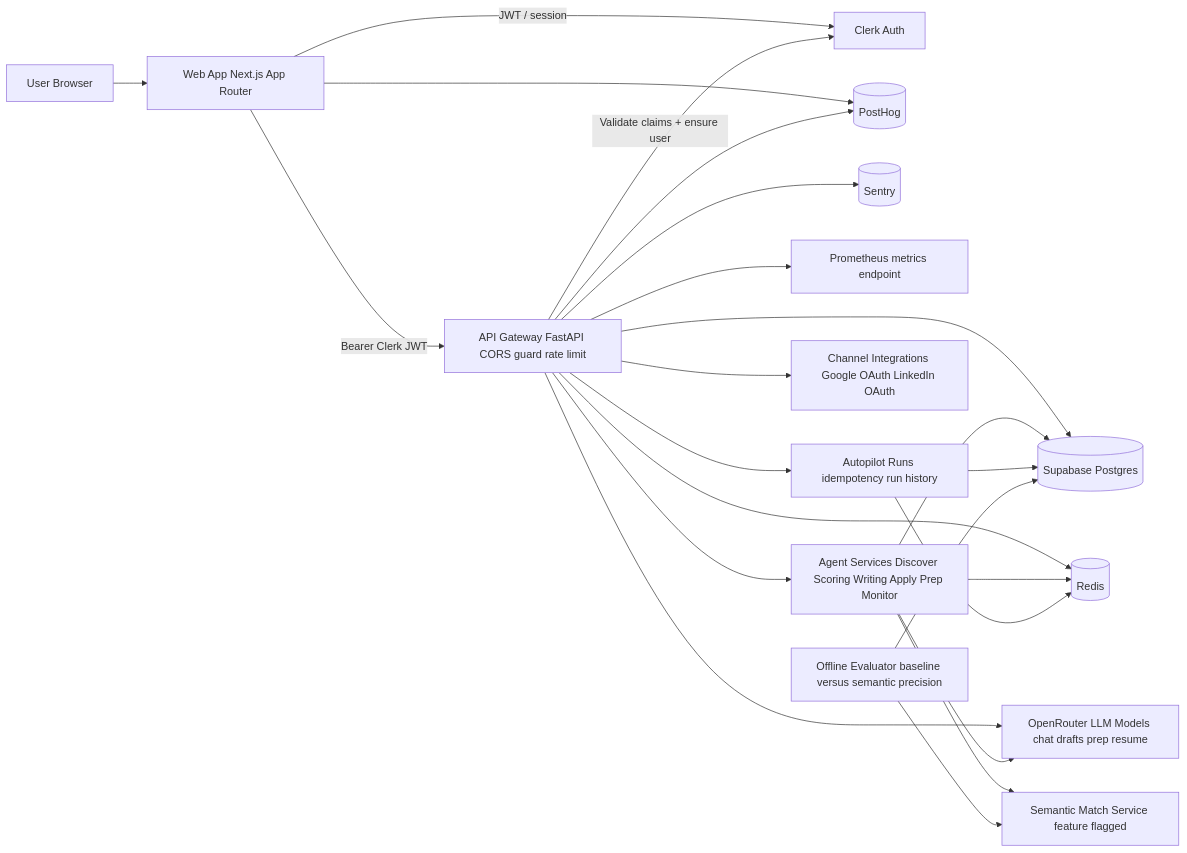
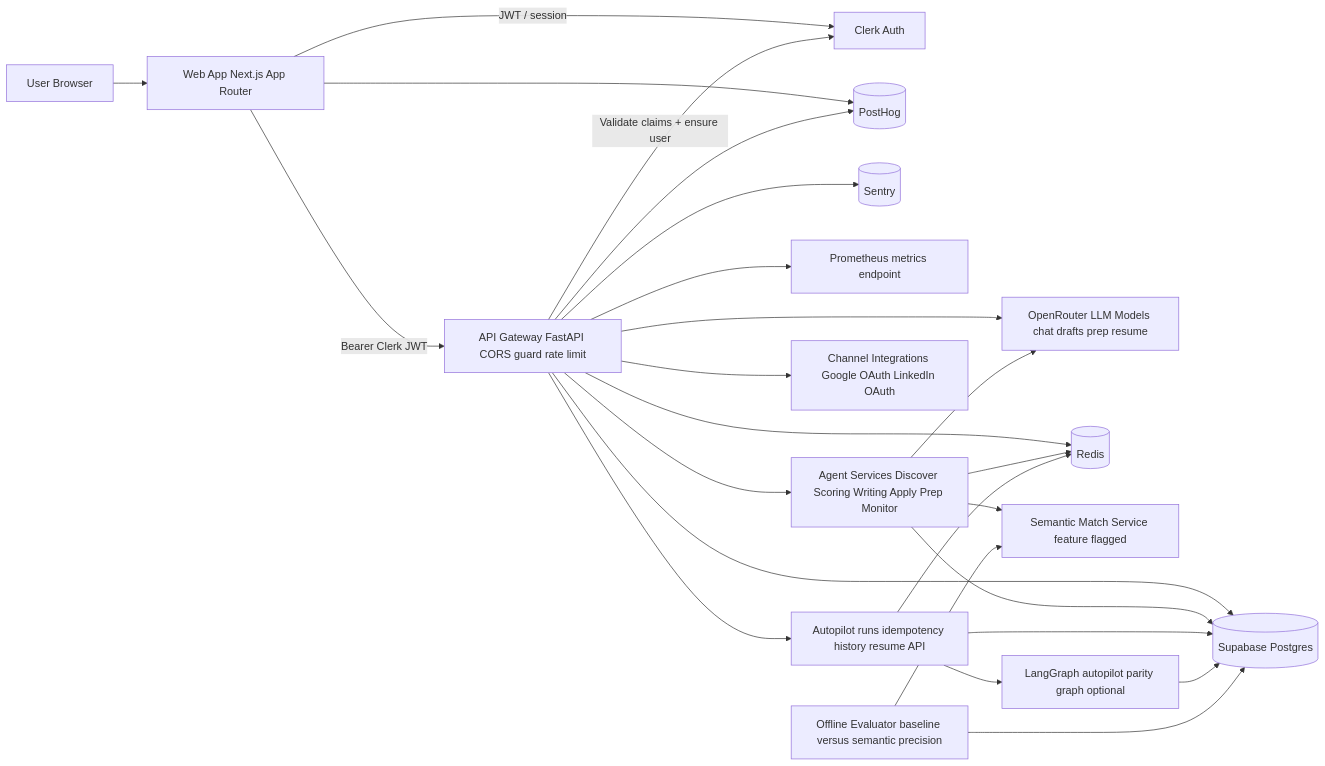
The first of 2 diagrams in README.md (frank-asket/doubow), drawn with Mermaid before and after one commit. The commit also changed other lines of this file and 125 other files, not shown here.

````diff
--- a/README.md
+++ b/README.md
@@ -22,41 +22,44 @@
 ```mermaid
 flowchart LR
   U[User Browser]
   FE[Web App Next.js App Router]
   CL[Clerk Auth]
   API[API Gateway FastAPI CORS guard rate limit]
   LLM[OpenRouter LLM Models chat drafts prep resume]
   DB[(Supabase Postgres)]
   RD[(Redis)]
   PH[(PostHog)]
   SENTRY[(Sentry)]
   METRICS[Prometheus metrics endpoint]
   AG[Agent Services Discover Scoring Writing Apply Prep Monitor]
   OAUTH[Channel Integrations Google OAuth LinkedIn OAuth]
   SEM[Semantic Match Service feature flagged]
   EVAL[Offline Evaluator baseline versus semantic precision]
-  AUTO[Autopilot Runs idempotency run history]
+  LG[LangGraph autopilot parity graph optional]
+  AUTO[Autopilot runs idempotency history resume API]
 
   U --> FE
   FE -->|JWT / session| CL
   FE -->|Bearer Clerk JWT| API
   API -->|Validate claims + ensure user| CL
   API --> DB
   API --> RD
   API --> AG
   API --> LLM
   API --> OAUTH
   API --> METRICS
   API --> SENTRY
   API --> AUTO
+  AUTO --> LG
   AG --> DB
   AG --> RD
   AG --> LLM
   AG --> SEM
   AUTO --> DB
   AUTO --> RD
+  LG --> DB
   EVAL --> DB
   EVAL --> SEM
   FE --> PH
   API --> PH
 ```
````
